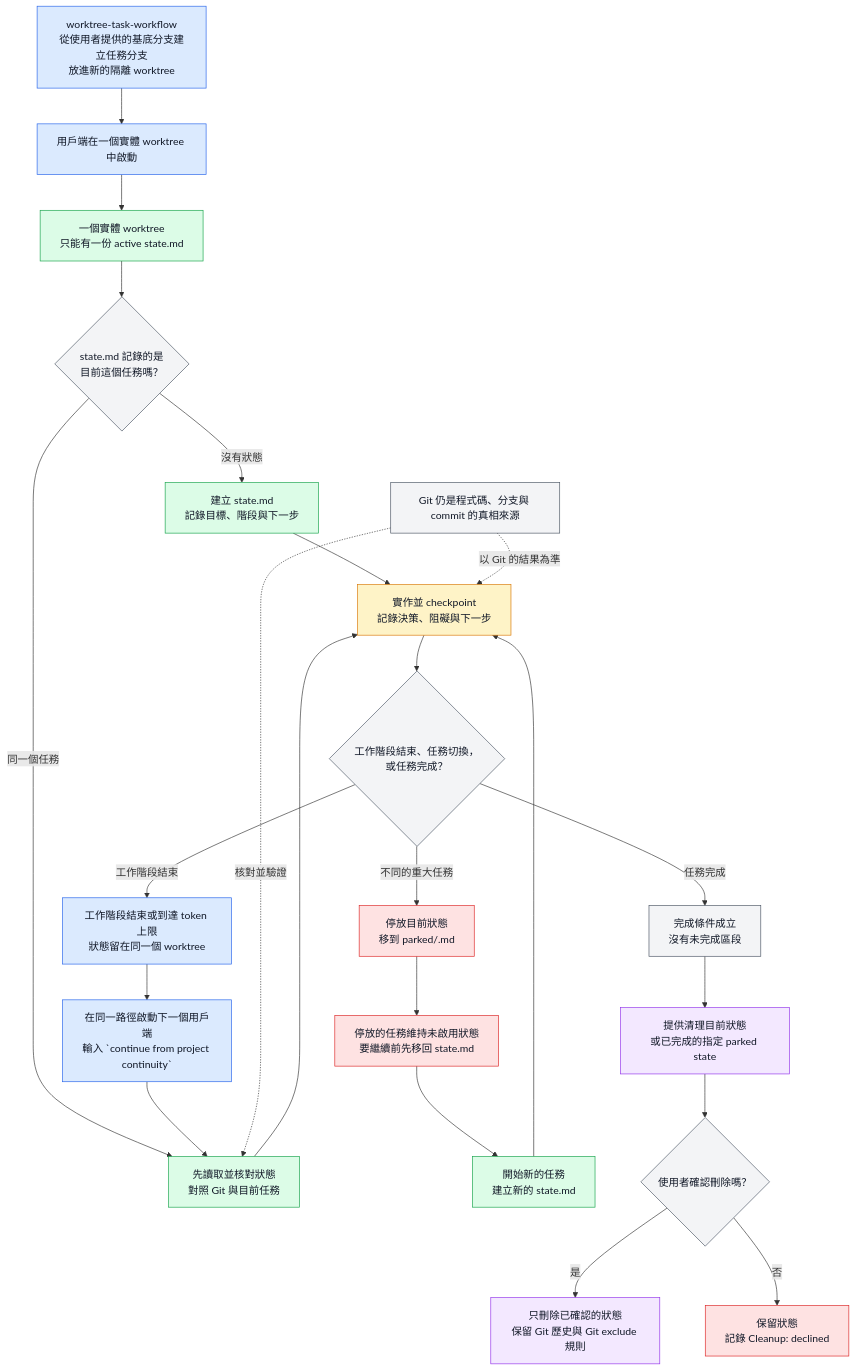
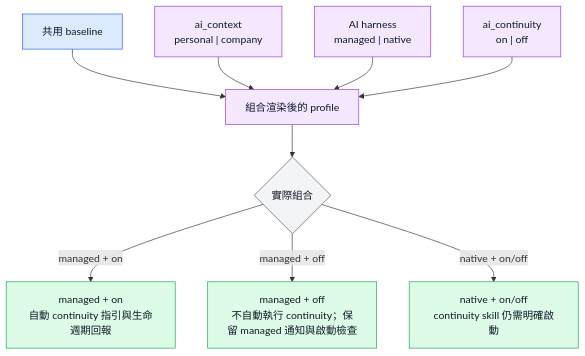
One commit to sherrilla71940/dotfiles changed the second of 4 diagrams in README.zh-TW.md. Above: the diagram before and after it, drawn with Mermaid. The commit also changed other lines of this file and 1 other file, not shown here.

Commit message:
docs(readme): refine architecture diagram labels

````diff
--- a/README.zh-TW.md
+++ b/README.zh-TW.md
@@ -263,42 +103,32 @@
 ```mermaid
-%%{init: {"flowchart": {"useMaxWidth": false, "nodeSpacing": 70, "rankSpacing": 55}}}%%
-flowchart TD
-    workflow["worktree-task-workflow<br/>從使用者提供的基底分支建立任務分支<br/>放進新的隔離 worktree"]:::input
-    start["用戶端在一個實體 worktree 中啟動"]:::input
-    scope["一個實體 worktree<br/>只能有一份 active state.md"]:::output
-    check{"state.md 記錄的是<br/>目前這個任務嗎？"}:::control
-    create["建立 state.md<br/>記錄目標、階段與下一步"]:::output
-    resume["先讀取並核對狀態<br/>對照 Git 與目前任務"]:::output
-    work["實作並 checkpoint<br/>記錄決策、阻礙與下一步"]:::work
-    event{"工作階段結束、任務切換，<br/>或任務完成？"}:::control
-    handoff["工作階段結束或到達 token 上限<br/>狀態留在同一個 worktree"]:::input
-    nextClient["在同一路徑啟動下一個用戶端<br/>輸入 `continue from project continuity`"]:::input
-    park["停放目前狀態<br/>移到 parked/<slug>.md"]:::exception
-    parkedRule["停放的任務維持未啟用狀態<br/>要繼續前先移回 state.md"]:::exception
-    newState["開始新的任務<br/>建立新的 state.md"]:::output
-    complete["完成條件成立<br/>沒有未完成區段"]:::control
-    offer["提供清理目前狀態<br/>或已完成的指定 parked state"]:::orchestration
-    confirm{"使用者確認刪除嗎？"}:::control
-    delete["只刪除已確認的狀態<br/>保留 Git 歷史與 Git exclude 規則"]:::orchestration
-    retain["保留狀態<br/>記錄 Cleanup: declined"]:::exception
-    git["Git 仍是程式碼、分支與 commit 的真相來源"]:::control
+flowchart TB
+    baseline["共用 baseline"]:::base
+    context["ai_context<br/>personal | company"]:::choice
+    harness["AI harness<br/>managed | native"]:::choice
+    continuity["ai_continuity<br/>on | off"]:::choice
+    compose["組合渲染後的 profile"]:::process
+    effective{"實際組合"}:::check
+    managedOn["managed + on<br/>自動 continuity 指引與生命週期回報"]:::result
+    managedOff["managed + off<br/>不自動執行 continuity；保留 managed 通知與啟動檢查"]:::result
+    native["native + on/off<br/>continuity skill 仍需明確啟動"]:::result
 
-    workflow --> start --> scope --> check
-    check -->|"沒有狀態"| create --> work
-    check -->|"同一個任務"| resume --> work
-    work --> event
-    event -->|"工作階段結束"| handoff --> nextClient --> resume
-    event -->|"不同的重大任務"| park --> parkedRule --> newState --> work
-    event -->|"任務完成"| complete --> offer --> confirm
-    confirm -->|"是"| delete
-    confirm -->|"否"| retain
-    git -.->|"核對並驗證"| resume
-    git -.->|"以 Git 的結果為準"| work
+    baseline --> compose
+    context --> compose
+    harness --> compose
+    continuity --> compose
+    compose --> effective
+    effective -->|"managed + on"| managedOn
+    effective -->|"managed + off"| managedOff
+    effective -->|"native + on/off"| native
 
-    classDef input fill:#dbeafe,stroke:#2563eb,color:#111827
-    classDef orchestration fill:#f3e8ff,stroke:#9333ea,color:#111827
-    classDef output fill:#dcfce7,stroke:#16a34a,color:#111827
-    classDef work fill:#fef3c7,stroke:#d97706,color:#111827
-    classDef control fill:#f3f4f6,stroke:#4b5563,color:#111827
-    classDef exception fill:#fee2e2,stroke:#dc2626,color:#111827
+    classDef base fill:#dbeafe,stroke:#2563eb,color:#111827
+    classDef choice fill:#f3e8ff,stroke:#9333ea,color:#111827
+    classDef process fill:#f3e8ff,stroke:#9333ea,color:#111827
+    classDef check fill:#f3f4f6,stroke:#4b5563,color:#111827
+    classDef result fill:#dcfce7,stroke:#16a34a,color:#111827
+    class baseline base
+    class context,harness,continuity choice
+    class compose process
+    class effective check
+    class managedOn,managedOff,native result
 ```
````
